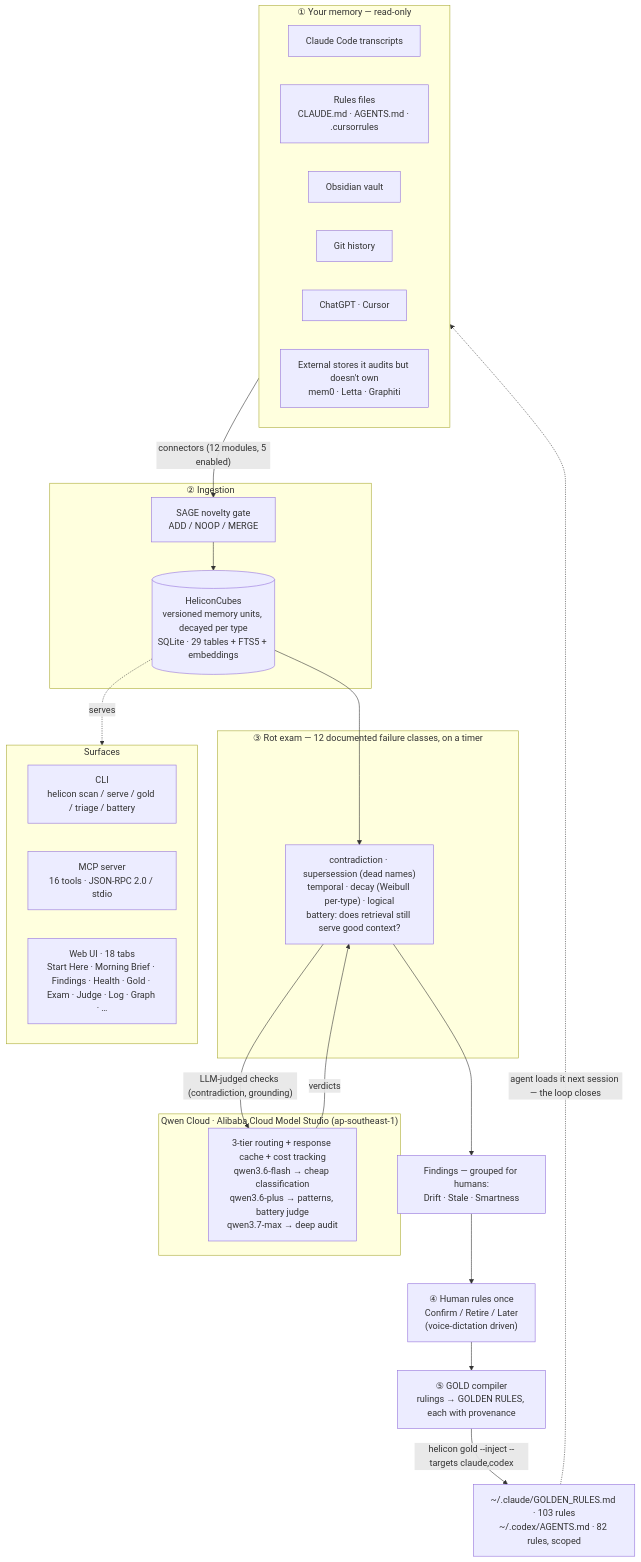
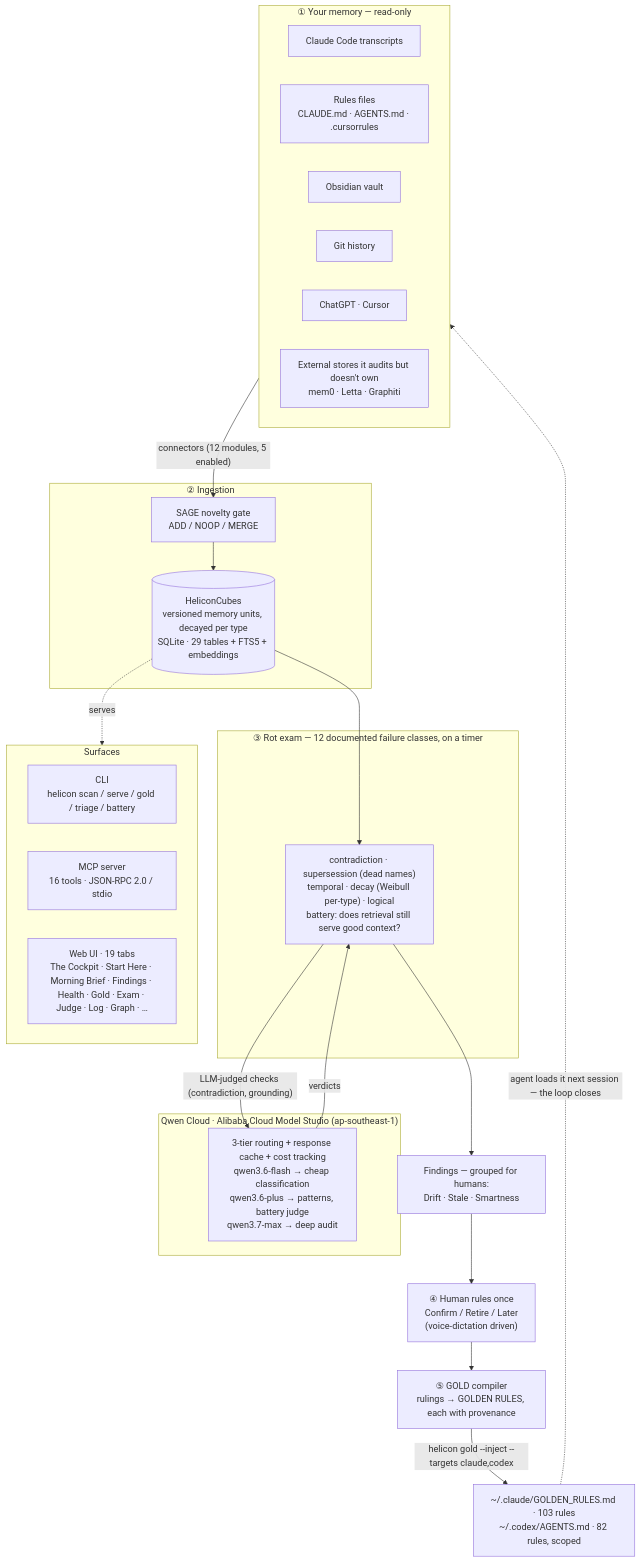
The first of 2 diagrams in ARCHITECTURE.md (Morkeeth/mountain-of-helicon), drawn with Mermaid before and after one commit. The commit also changed 61 other files, not shown here.

````diff
--- a/ARCHITECTURE.md
+++ b/ARCHITECTURE.md
@@ -11,45 +11,45 @@
 ```mermaid
 flowchart TD
   subgraph SRC["① Your memory — read-only"]
     A1["Claude Code transcripts"]
     A2["Rules files<br/>CLAUDE.md · AGENTS.md · .cursorrules"]
     A3["Obsidian vault"]
     A4["Git history"]
     A5["ChatGPT · Cursor"]
     A6["External stores it audits but doesn't own<br/>mem0 · Letta · Graphiti"]
   end
 
   SRC -->|"connectors (12 modules, 5 enabled)"| GATE
 
   subgraph INGEST["② Ingestion"]
     GATE["SAGE novelty gate<br/>ADD / NOOP / MERGE"]
     CUBES[("HeliconCubes<br/>versioned memory units, decayed per type<br/>SQLite · 29 tables + FTS5 + embeddings")]
     GATE --> CUBES
   end
 
   CUBES --> EXAM
 
   subgraph AUDIT["③ Rot exam — 12 documented failure classes, on a timer"]
     EXAM["contradiction · supersession (dead names)<br/>temporal · decay (Weibull per-type) · logical<br/>battery: does retrieval still serve good context?"]
   end
 
   EXAM -->|"LLM-judged checks (contradiction, grounding)"| QWEN
   QWEN -->|verdicts| EXAM
 
   subgraph QWENC["Qwen Cloud · Alibaba Cloud Model Studio (ap-southeast-1)"]
     QWEN["3-tier routing + response cache + cost tracking<br/>qwen3.6-flash → cheap classification<br/>qwen3.6-plus → patterns, battery judge<br/>qwen3.7-max → deep audit"]
   end
 
   EXAM --> FIND["Findings — grouped for humans:<br/>Drift · Stale · Smartness"]
   FIND --> HUMAN["④ Human rules once<br/>Confirm / Retire / Later<br/>(voice-dictation driven)"]
   HUMAN --> GOLD["⑤ GOLD compiler<br/>rulings → GOLDEN RULES, each with provenance"]
   GOLD -->|"helicon gold --inject --targets claude,codex"| INJECT["~/.claude/GOLDEN_RULES.md · 103 rules<br/>~/.codex/AGENTS.md · 82 rules, scoped"]
   INJECT -.->|"agent loads it next session — the loop closes"| SRC
 
   CUBES -.serves.-> SURF
   subgraph SURF["Surfaces"]
     CLI["CLI<br/>helicon scan / serve / gold / triage / battery"]
     MCP["MCP server<br/>16 tools · JSON-RPC 2.0 / stdio"]
-    WEB["Web UI · 18 tabs<br/>Start Here · Morning Brief · Findings · Health · Gold · Exam · Judge · Log · Graph · …"]
+    WEB["Web UI · 19 tabs<br/>The Cockpit · Start Here · Morning Brief · Findings · Health · Gold · Exam · Judge · Log · Graph · …"]
   end
 ```
````
